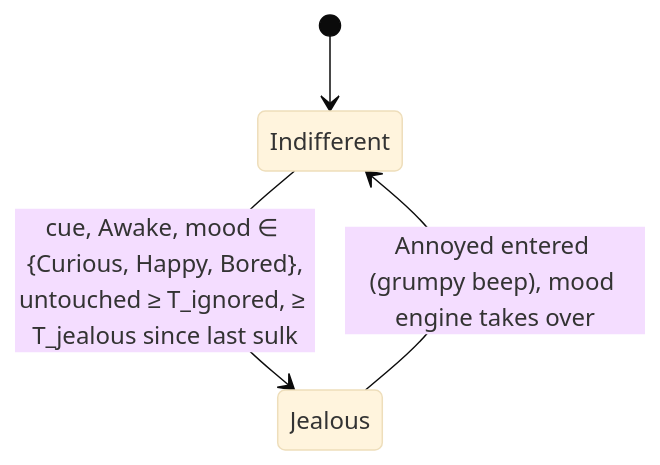
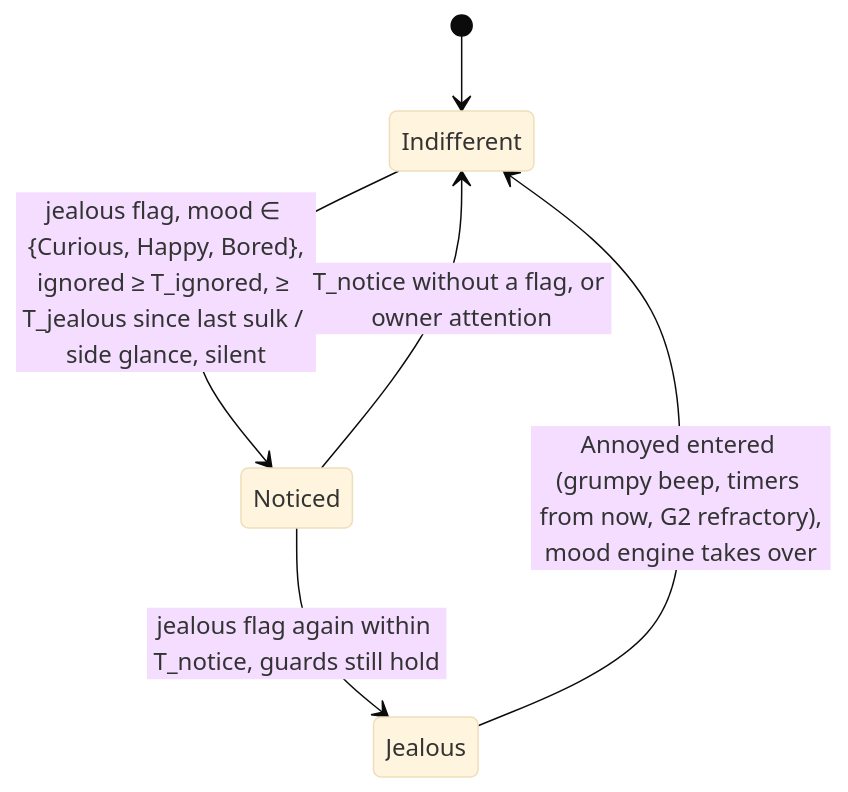
Before and after one commit to benoit-bremaud/cubbies: the diagram in docs/architecture/diagrams/social-group/05e-state-jealousy.md, drawn with Mermaid (base theme). The commit also changed other lines of this file and 9 other files, not shown here.

````diff
--- a/docs/architecture/diagrams/social-group/05e-state-jealousy.md
+++ b/docs/architecture/diagrams/social-group/05e-state-jealousy.md
@@ -37,6 +57,8 @@
 ```mermaid
 stateDiagram-v2
   [*] --> Indifferent
-  Indifferent --> Jealous: cue, Awake, mood ∈ {Curious, Happy, Bored},<br/>untouched ≥ T_ignored, ≥ T_jealous since last sulk
-  Jealous --> Indifferent: Annoyed entered (grumpy beep), mood engine takes over
+  Indifferent --> Noticed: jealous flag, mood ∈ {Curious, Happy, Bored},<br/>ignored ≥ T_ignored, ≥ T_jealous since last sulk / side glance, silent
+  Noticed --> Indifferent: T_notice without a flag, or owner attention
+  Noticed --> Jealous: jealous flag again within T_notice, guards still hold
+  Jealous --> Indifferent: Annoyed entered (grumpy beep, timers from now, G2 refractory),<br/>mood engine takes over
 ```
````
